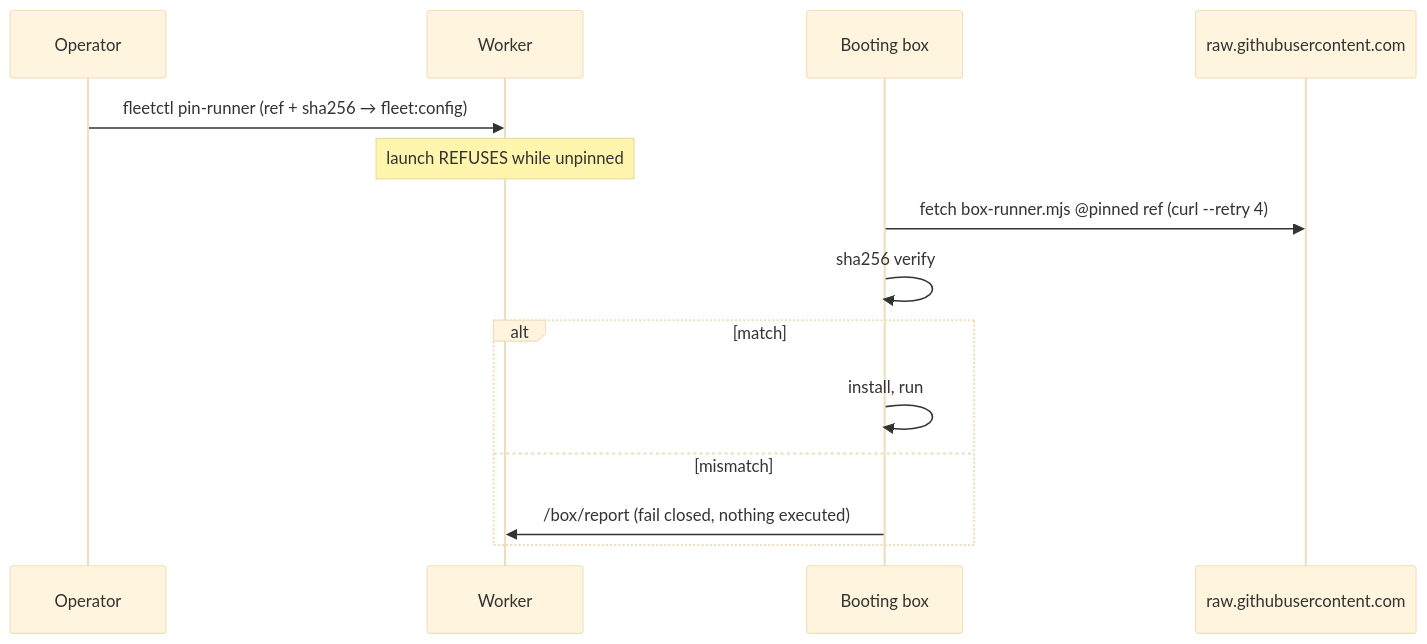
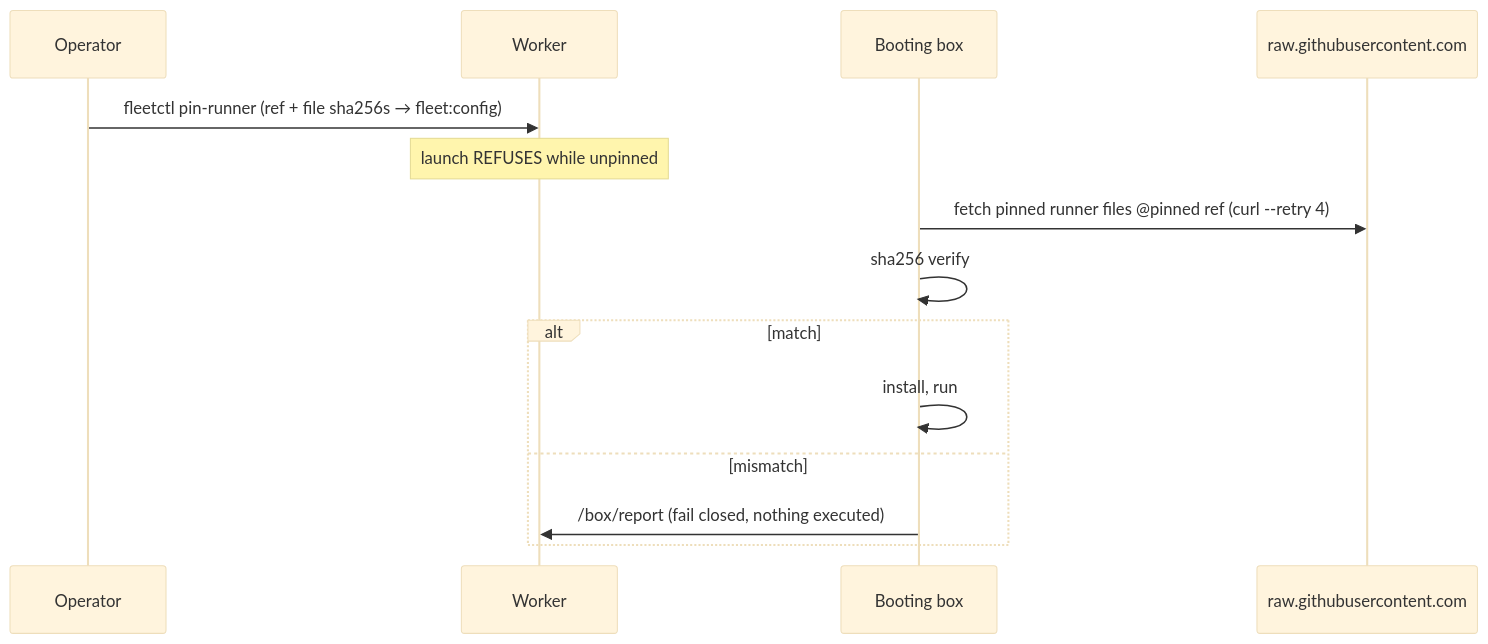
Before and after one commit to abel30567/orch-bench-fermi-mcp: the seventh of 8 diagrams in docs-site/architecture/data-flows.md, drawn with Mermaid (base theme). The commit also changed 11 other files, not shown here.

Commit message:
[pr-55] Pin runner as a manifest of files

````diff
--- a/docs-site/architecture/data-flows.md
+++ b/docs-site/architecture/data-flows.md
@@ -111,16 +111,16 @@
 ```mermaid
 sequenceDiagram
     participant Op as Operator
     participant W as Worker
     participant B as Booting box
     participant GH as raw.githubusercontent.com
-    Op->>W: fleetctl pin-runner (ref + sha256 → fleet:config)
+    Op->>W: fleetctl pin-runner (ref + file sha256s → fleet:config)
     Note over W: launch REFUSES while unpinned
-    B->>GH: fetch box-runner.mjs @pinned ref (curl --retry 4)
+    B->>GH: fetch pinned runner files @pinned ref (curl --retry 4)
     B->>B: sha256 verify
     alt match
         B->>B: install, run
     else mismatch
         B->>W: /box/report (fail closed, nothing executed)
     end
 ```
````
